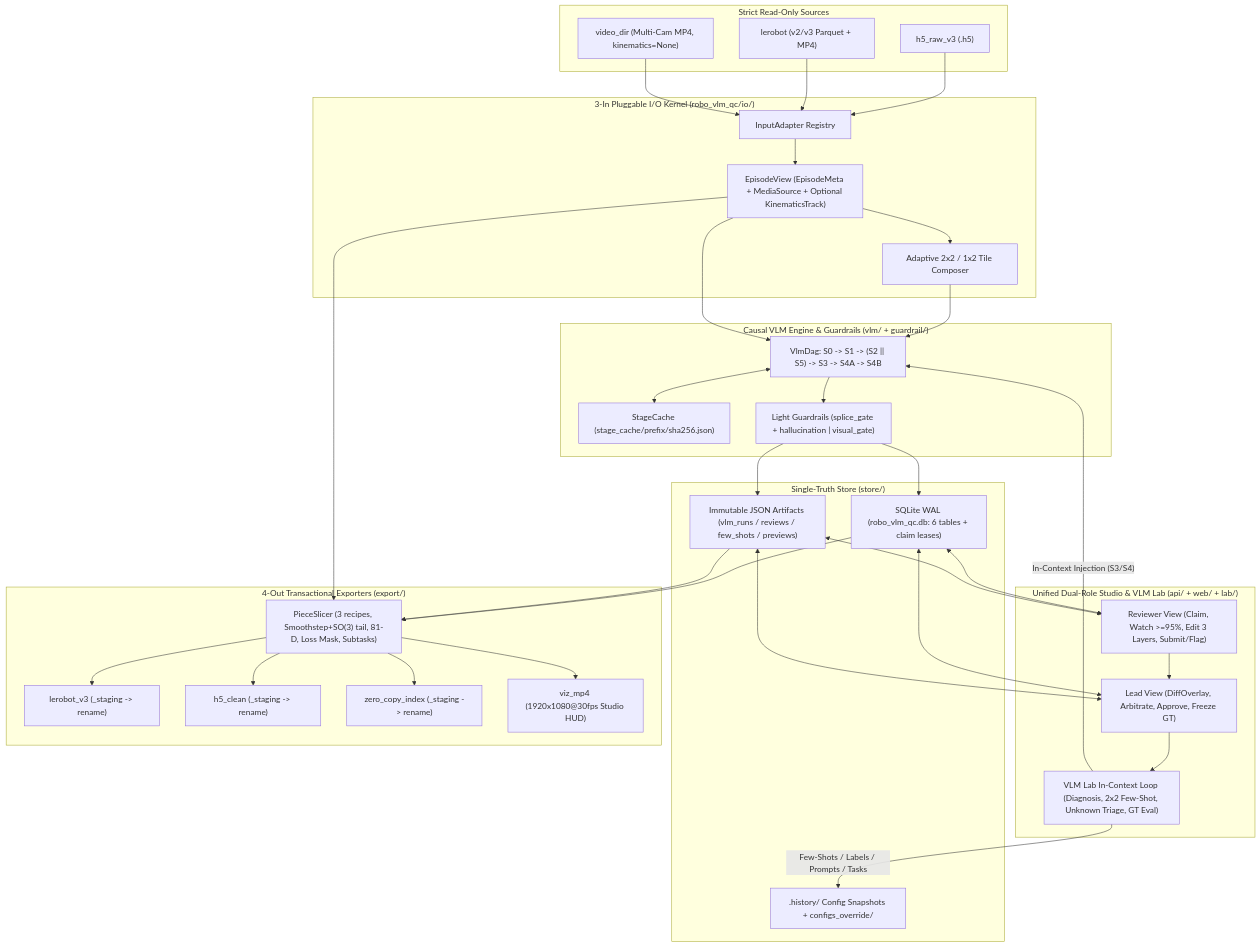
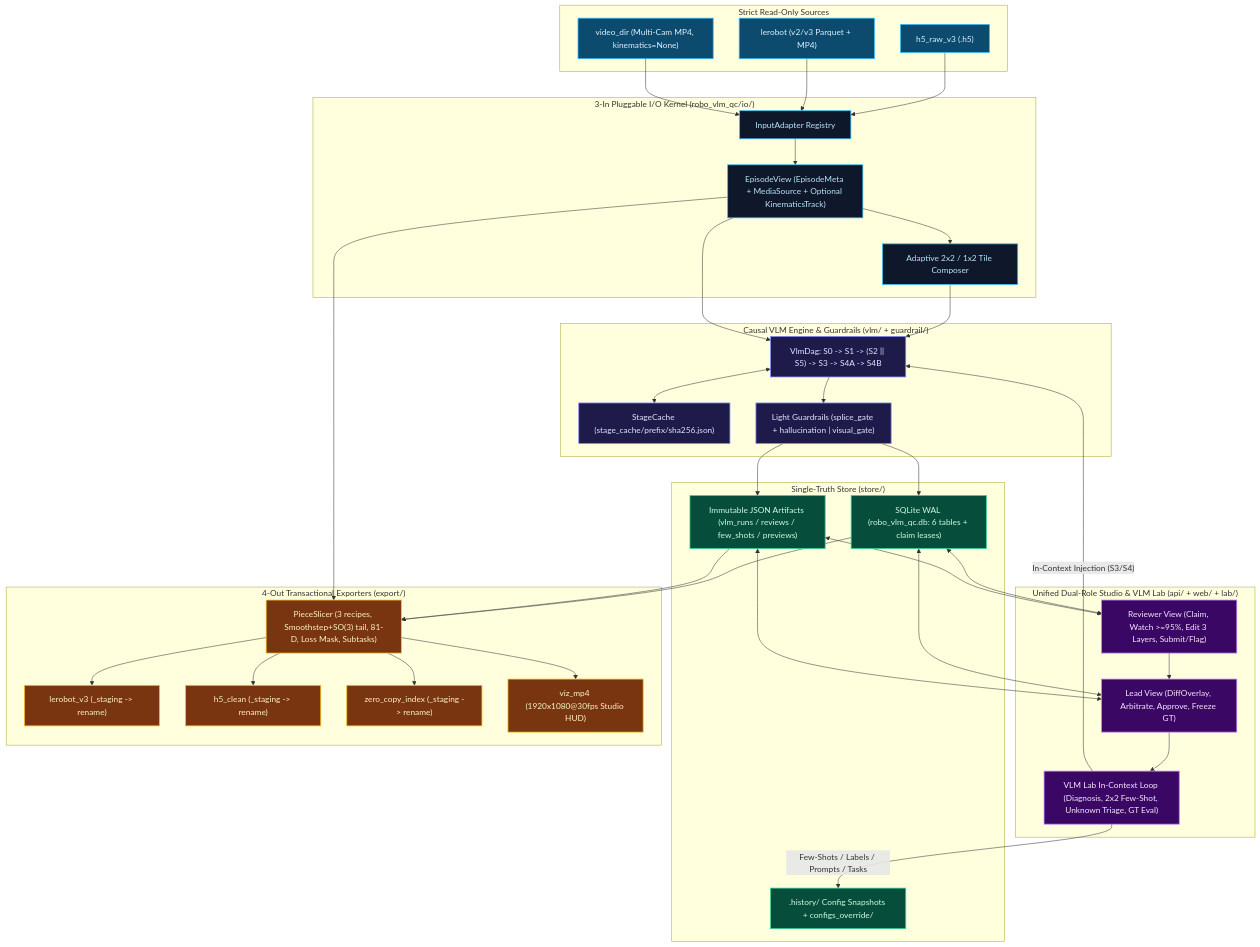
The first of 3 diagrams in docs/architecture.md (LVultimatefun/DDBR), drawn with Mermaid before and after one commit. The commit also changed other lines of this file and 14 other files, not shown here.

Commit message:
docs: add visual architecture SVGs, open-source ALOHA HUD demos, and Web Studio showcase

````diff
--- a/docs/architecture.md
+++ b/docs/architecture.md
@@ -27,53 +34,60 @@
 ```mermaid
 flowchart TB
+    classDef source fill:#0c4a6e,stroke:#38bdf8,stroke-width:1.5px,color:#e0f2fe
+    classDef io fill:#0f172a,stroke:#38bdf8,stroke-width:1.5px,color:#bae6fd
+    classDef vlm fill:#1e1b4b,stroke:#818cf8,stroke-width:1.5px,color:#e0e7ff
+    classDef store fill:#064e3b,stroke:#34d399,stroke-width:1.5px,color:#d1fae5
+    classDef studio fill:#3b0764,stroke:#c084fc,stroke-width:1.5px,color:#f3e8ff
+    classDef exp fill:#78350f,stroke:#fbbf24,stroke-width:1.5px,color:#fef3c7
+
     subgraph RO["Strict Read-Only Sources"]
-        I1["h5_raw_v3 (.h5)"]
-        I2["lerobot (v2/v3 Parquet + MP4)"]
-        I3["video_dir (Multi-Cam MP4, kinematics=None)"]
+        I1["h5_raw_v3 (.h5)"]:::source
+        I2["lerobot (v2/v3 Parquet + MP4)"]:::source
+        I3["video_dir (Multi-Cam MP4, kinematics=None)"]:::source
     end
 
     subgraph IO["3-In Pluggable I/O Kernel (robo_vlm_qc/io/)"]
-        REG_IN["InputAdapter Registry"]
-        VIEW["EpisodeView (EpisodeMeta + MediaSource + Optional KinematicsTrack)"]
-        TILER["Adaptive 2x2 / 1x2 Tile Composer"]
+        REG_IN["InputAdapter Registry"]:::io
+        VIEW["EpisodeView (EpisodeMeta + MediaSource + Optional KinematicsTrack)"]:::io
+        TILER["Adaptive 2x2 / 1x2 Tile Composer"]:::io
     end
 
     subgraph VLM["Causal VLM Engine & Guardrails (vlm/ + guardrail/)"]
-        CACHE["StageCache (stage_cache/prefix/sha256.json)"]
-        DAG["VlmDag: S0 -> S1 -> (S2 || S5) -> S3 -> S4A -> S4B"]
-        GUARD["Light Guardrails (splice_gate + hallucination | visual_gate)"]
+        CACHE["StageCache (stage_cache/prefix/sha256.json)"]:::vlm
+        DAG["VlmDag: S0 -> S1 -> (S2 || S5) -> S3 -> S4A -> S4B"]:::vlm
+        GUARD["Light Guardrails (splice_gate + hallucination | visual_gate)"]:::vlm
     end
 
     subgraph STORE["Single-Truth Store (store/)"]
-        DB["SQLite WAL (robo_vlm_qc.db: 6 tables + claim leases)"]
-        ART["Immutable JSON Artifacts (vlm_runs / reviews / few_shots / previews)"]
-        HIST[".history/ Config Snapshots + configs_override/"]
+        DB["SQLite WAL (robo_vlm_qc.db: 6 tables + claim leases)"]:::store
+        ART["Immutable JSON Artifacts (vlm_runs / reviews / few_shots / previews)"]:::store
+        HIST[".history/ Config Snapshots + configs_override/"]:::store
     end
 
     subgraph STUDIO["Unified Dual-Role Studio & VLM Lab (api/ + web/ + lab/)"]
-        REV["Reviewer View (Claim, Watch >=95%, Edit 3 Layers, Submit/Flag)"]
-        LEAD["Lead View (DiffOverlay, Arbitrate, Approve, Freeze GT)"]
-        LAB["VLM Lab In-Context Loop (Diagnosis, 2x2 Few-Shot, Unknown Triage, GT Eval)"]
+        REV["Reviewer View (Claim, Watch >=95%, Edit 3 Layers, Submit/Flag)"]:::studio
+        LEAD["Lead View (DiffOverlay, Arbitrate, Approve, Freeze GT)"]:::studio
+        LAB["VLM Lab In-Context Loop (Diagnosis, 2x2 Few-Shot, Unknown Triage, GT Eval)"]:::studio
     end
 
     subgraph EXPORT["4-Out Transactional Exporters (export/)"]
-        SLICER["PieceSlicer (3 recipes, Smoothstep+SO(3) tail, 81-D, Loss Mask, Subtasks)"]
-        O1["lerobot_v3 (_staging -> rename)"]
-        O2["h5_clean (_staging -> rename)"]
-        O3["zero_copy_index (_staging -> rename)"]
-        O4["viz_mp4 (1920x1080@30fps Studio HUD)"]
+        SLICER["PieceSlicer (3 recipes, Smoothstep+SO(3) tail, 81-D, Loss Mask, Subtasks)"]:::exp
+        O1["lerobot_v3 (_staging -> rename)"]:::exp
+        O2["h5_clean (_staging -> rename)"]:::exp
+        O3["zero_copy_index (_staging -> rename)"]:::exp
+        O4["viz_mp4 (1920x1080@30fps Studio HUD)"]:::exp
     end
 
     I1 & I2 & I3 --> REG_IN --> VIEW --> TILER
     TILER --> DAG
     VIEW --> DAG
     DAG <--> CACHE
     DAG --> GUARD --> DB & ART
     DB & ART <--> REV & LEAD
     REV --> LEAD --> LAB
     LAB -- "Few-Shots / Labels / Prompts / Tasks" --> HIST
     LAB -- "In-Context Injection (S3/S4)" --> DAG
     DB & ART --> SLICER
     VIEW --> SLICER
     SLICER --> O1 & O2 & O3 & O4
 ```
````
